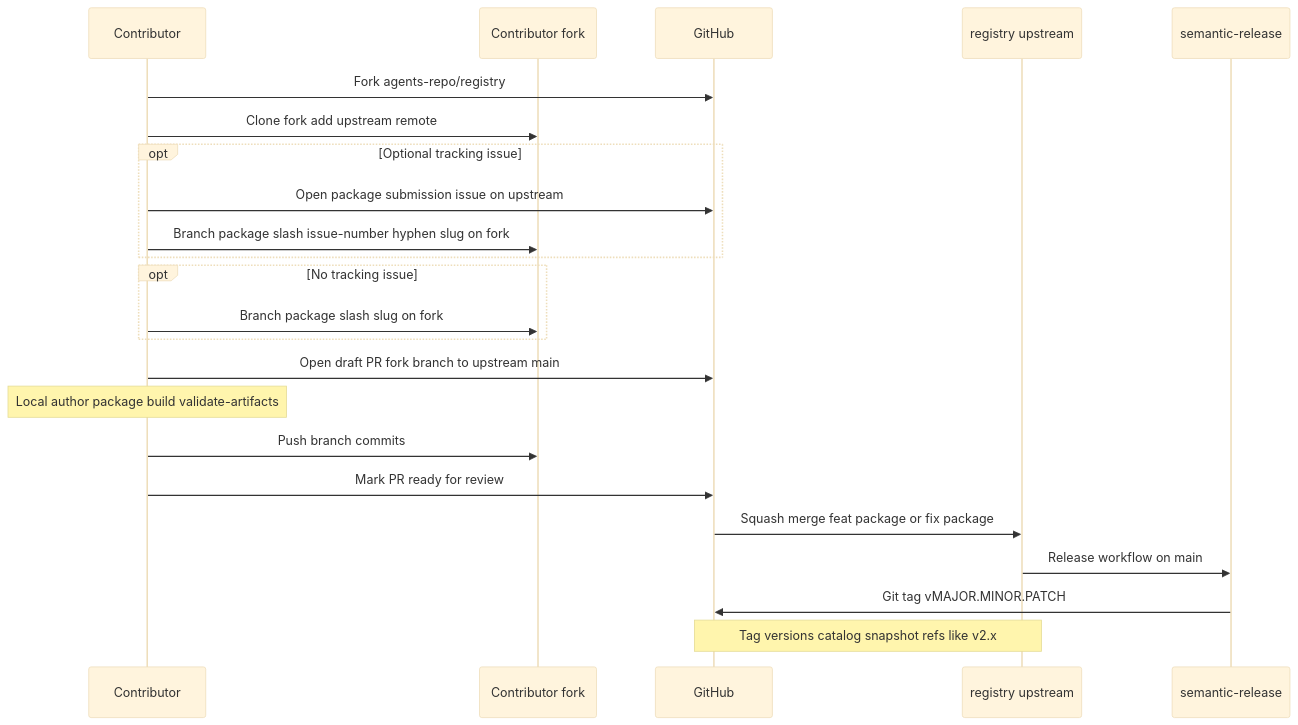
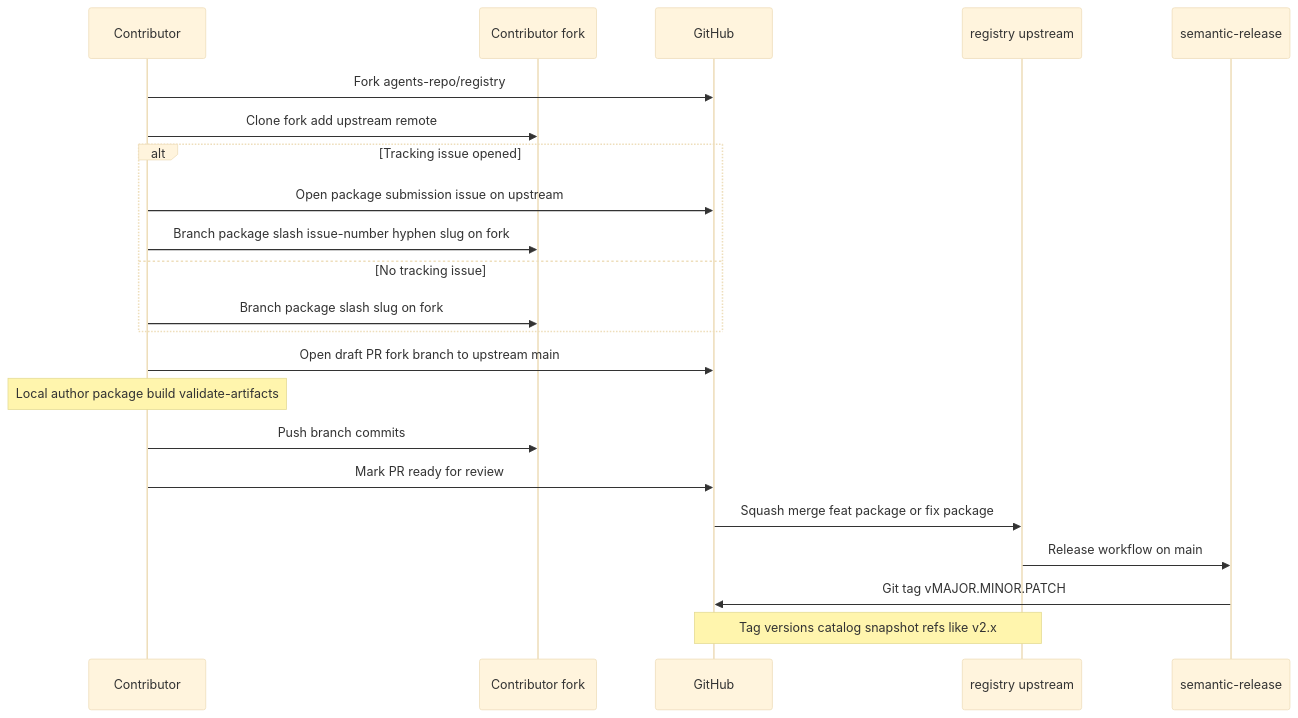
The second of 4 diagrams in docs/ecosystem.md (agents-repo/.github), drawn with Mermaid (base theme) before and after one commit. The commit also changed 1 other file, not shown here.

Commit message:
docs: address Copilot review on package submission docs
Use alt/else in Mermaid diagram and keep inline code on one line.

````diff
--- a/docs/ecosystem.md
+++ b/docs/ecosystem.md
@@ -84,26 +84,25 @@
 ```mermaid
 sequenceDiagram
   participant C as Contributor
   participant F as Contributor fork
   participant GH as GitHub
   participant R as registry upstream
   participant SR as semantic-release
 
   C->>GH: Fork agents-repo/registry
   C->>F: Clone fork add upstream remote
-  opt Optional tracking issue
+  alt Tracking issue opened
     C->>GH: Open package submission issue on upstream
     C->>F: Branch package slash issue-number hyphen slug on fork
-  end
-  opt No tracking issue
+  else No tracking issue
     C->>F: Branch package slash slug on fork
   end
   C->>GH: Open draft PR fork branch to upstream main
   Note over C: Local author package build validate-artifacts
   C->>F: Push branch commits
   C->>GH: Mark PR ready for review
   GH->>R: Squash merge feat package or fix package
   R->>SR: Release workflow on main
   SR->>GH: Git tag vMAJOR.MINOR.PATCH
   Note over R,GH: Tag versions catalog snapshot refs like v2.x
 ```
````
